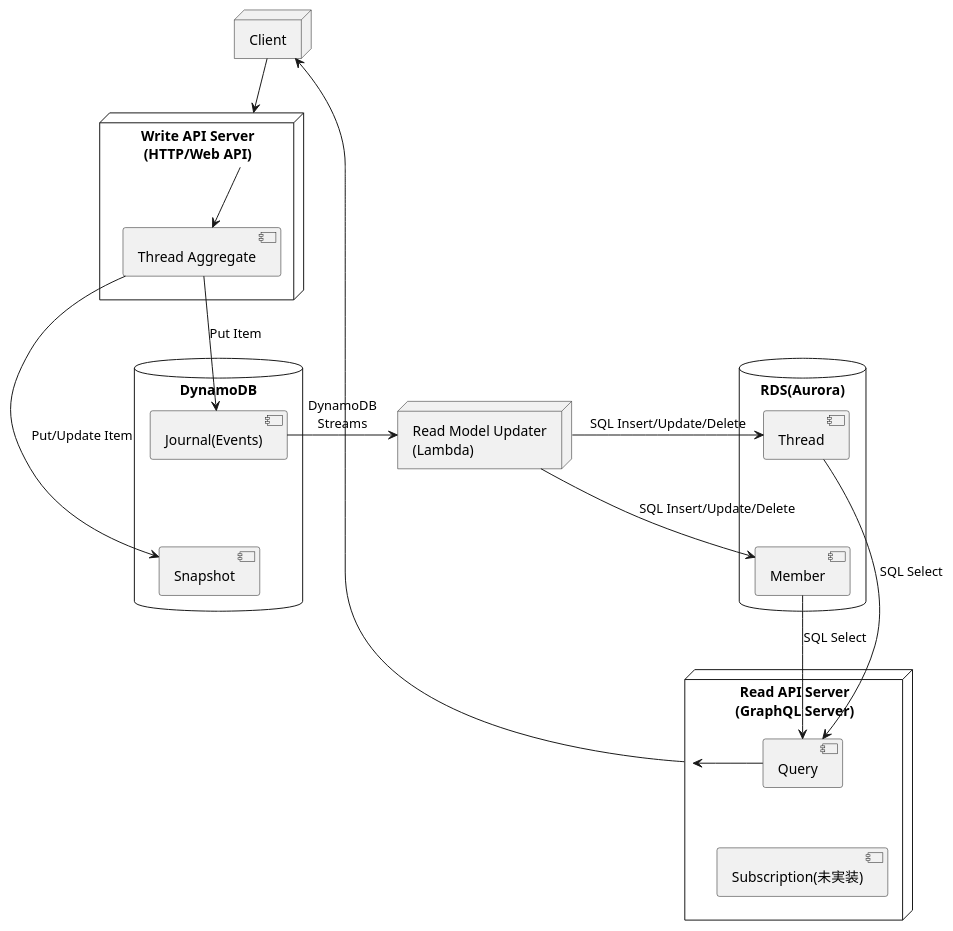
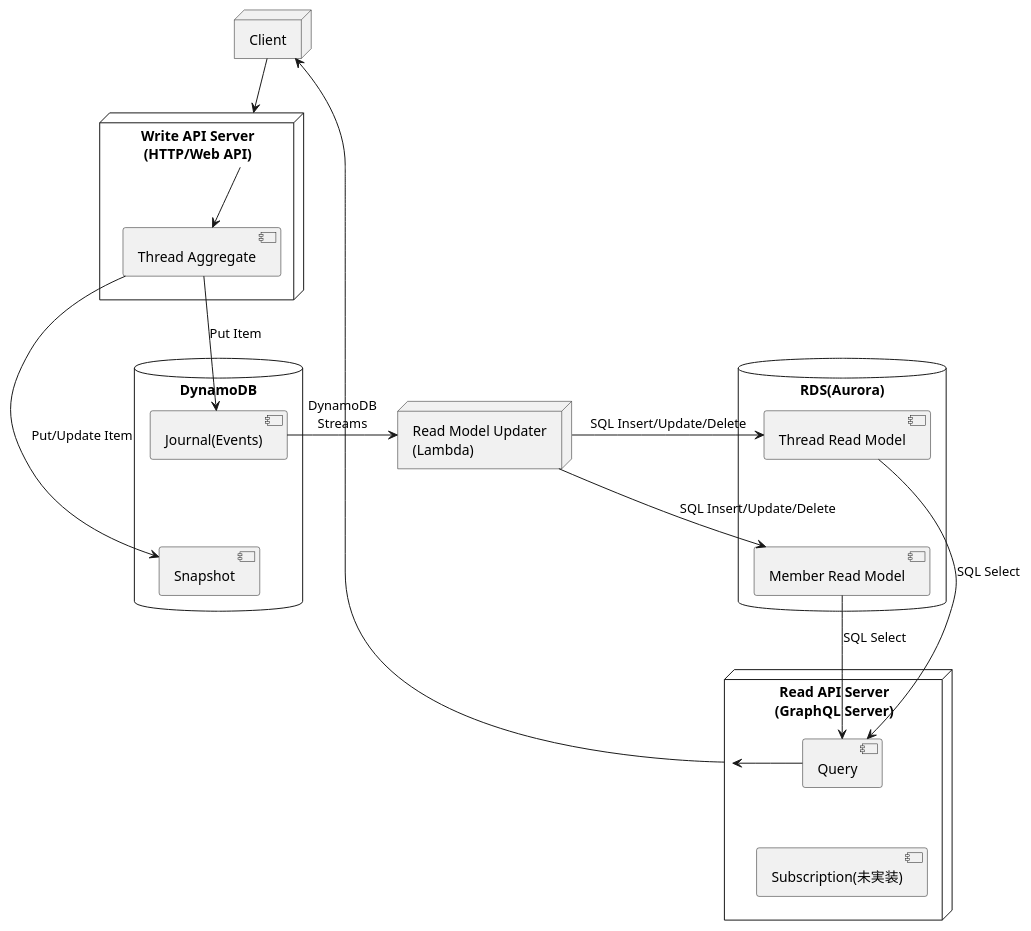
The diagram in system-layout.puml (j5ik2o/cqrs-es-example-rs), drawn with PlantUML before and after one commit. The commit also changed 1 other file, not shown here.

```diff
--- a/system-layout.puml
+++ b/system-layout.puml
@@ -1,50 +1,50 @@
 @startuml
 'https://plantuml.com/component-diagram
 
 node "Client" as client {
 }
 
 node "Write API Server\n(HTTP/Web API)" as writeAPI {
     [Thread Aggregate] as threadAggregate
 }
 
 node "Read API Server\n(GraphQL Server)" as readAPI {
     [Query] as query
     [Subscription(未実装)] as subscripton
 }
 
 node "Read Model Updater\n(Lambda)" as updater {
 }
 
 database "DynamoDB" {
     [Journal(Events)] as journal
     [Snapshot] as snapshot
 }
 
 database "RDS(Aurora)" {
-  [Thread] as thread
-  [Member] as member
+  [Thread Read Model] as thread
+  [Member Read Model] as member
 }
 
 journal -[hidden]- snapshot
 thread -[hidden]- member
 query -[hidden]- subscripton
 
 writeAPI -d-> threadAggregate
 
 threadAggregate -d-> journal: Put Item
 threadAggregate -d-> snapshot: Put/Update Item
 
 journal -r-> updater: DynamoDB\nStreams
 
 updater -r-> thread: SQL Insert/Update/Delete
 updater -r-> member: SQL Insert/Update/Delete
 
 thread --> query: SQL Select
 member --> query: SQL Select
 query -> readAPI
 
 client -d-> writeAPI
 client <-r- readAPI
 
 @enduml
```
